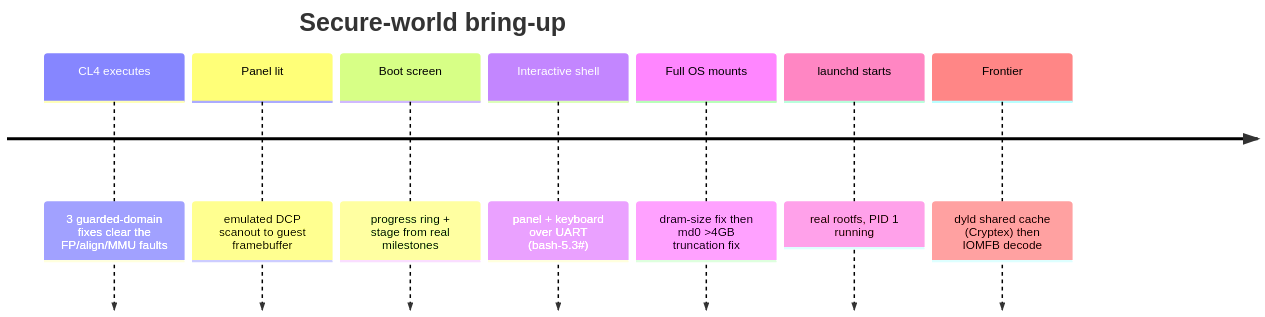
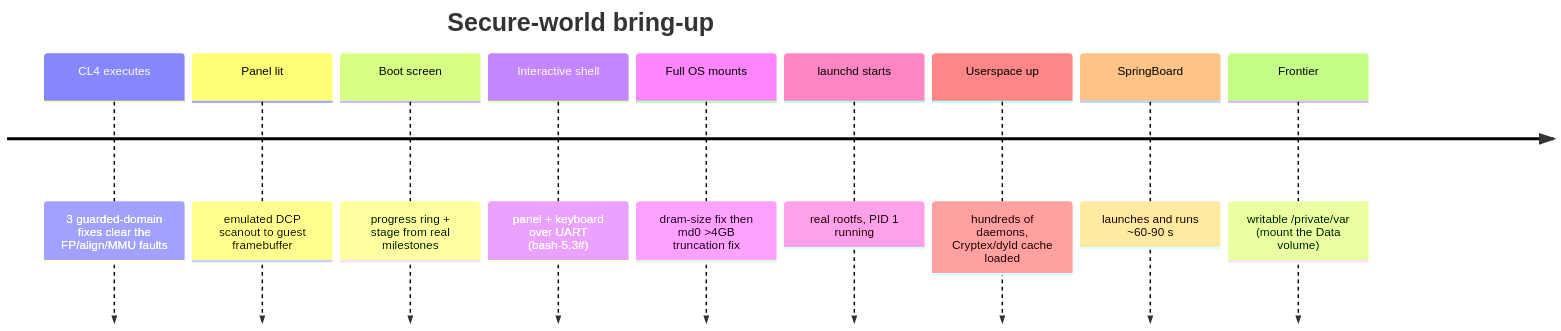
One commit to MaliosDark/ios27-cl4-secure-world changed the fifth of 5 diagrams in README.md. Above: the diagram before and after it, drawn with Mermaid. The commit also changed other lines of this file and 1 other file, not shown here.

````diff
--- a/README.md
+++ b/README.md
@@ -276,11 +303,13 @@
 ```mermaid
 timeline
     title Secure-world bring-up
     CL4 executes : 3 guarded-domain fixes clear the FP/align/MMU faults
     Panel lit : emulated DCP scanout to guest framebuffer
     Boot screen : progress ring + stage from real milestones
     Interactive shell : panel + keyboard over UART (bash-5.3#)
     Full OS mounts : dram-size fix then md0 >4GB truncation fix
     launchd starts : real rootfs, PID 1 running
-    Frontier : dyld shared cache (Cryptex) then IOMFB decode
+    Userspace up : hundreds of daemons, Cryptex/dyld cache loaded
+    SpringBoard : launches and runs ~60-90 s
+    Frontier : writable /private/var (mount the Data volume)
 ```
````
